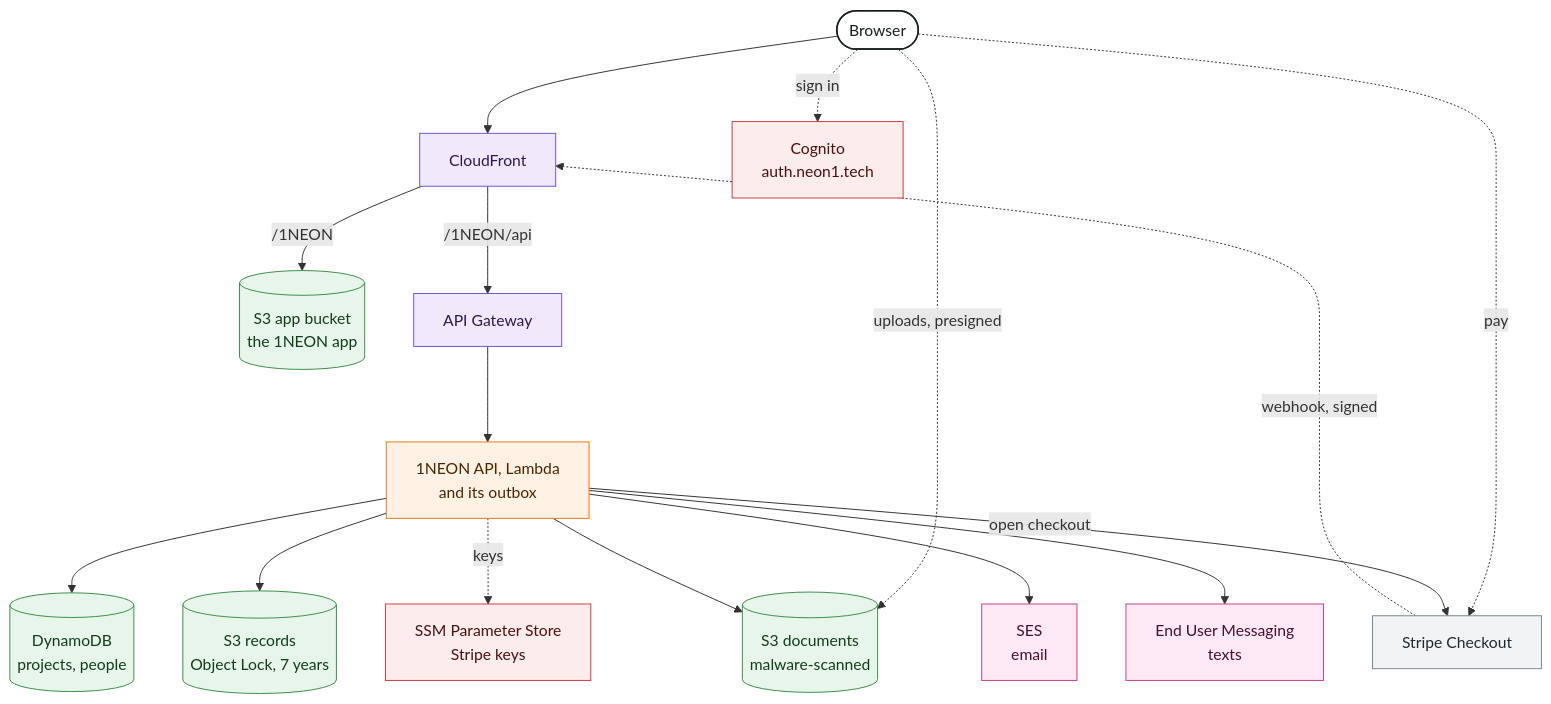
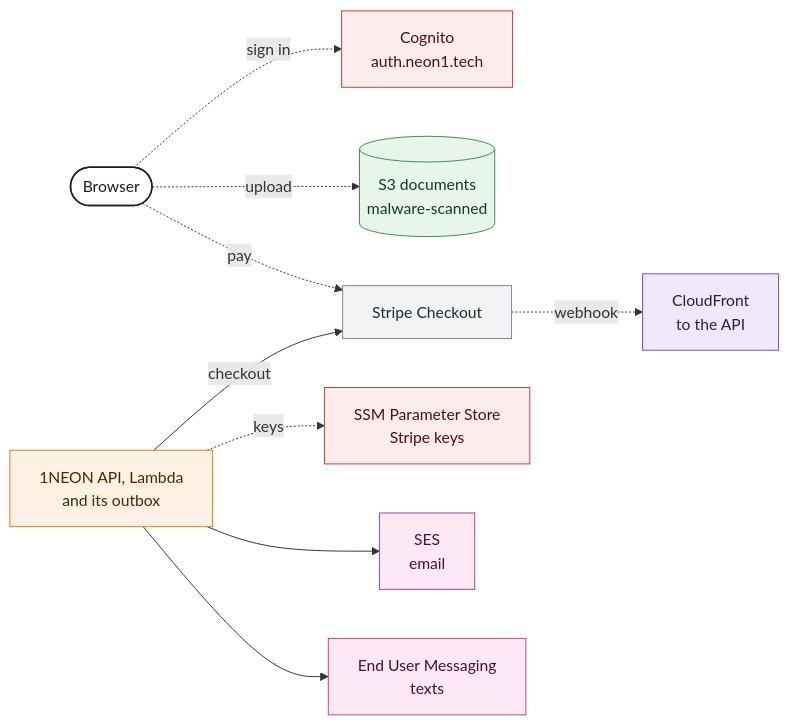
Before and after one commit to neon1llc/neon1-corpus: the third of 16 diagrams in corpus/company/architecture.md, drawn with Mermaid. The commit also changed other lines of this file and 14 other files, not shown here.

Commit message:
docs(architecture): redraw diagrams so labels stay at least 12px, and check it

````diff
--- a/corpus/company/architecture.md
+++ b/corpus/company/architecture.md
@@ -53,26 +69,20 @@
 ```mermaid
-%% alt: Diagram of 1NEON. CloudFront serves the 1NEON app from a private S3 bucket and sends /1NEON/api to API Gateway and the 1NEON API Lambda function. The API reads and writes DynamoDB and the S3 documents bucket, writes write-protected copies of signatures, invoices, and payments to an S3 records bucket under Object Lock, reads Stripe keys from SSM Parameter Store, sends email through SES, and sends texts through End User Messaging. The browser signs in with Cognito directly, uploads files straight to the documents bucket with a presigned link, where each one is scanned for malware, and pays invoices on Stripe Checkout, which calls the API's webhook at /1NEON/api/billing/stripe.
-flowchart TB
-  browser(["Browser"]):::person --> cf["CloudFront"]:::network
-  cf -->|"/1NEON"| app[("S3 app bucket<br/>the 1NEON app")]:::storage
-  cf -->|"/1NEON/api"| gw["API Gateway"]:::network --> api["1NEON API, Lambda<br/>and its outbox"]:::compute
-  browser -.->|sign in| cognito["Cognito<br/>auth.neon1.tech"]:::security
-  browser -.->|"uploads, presigned"| docs[("S3 documents<br/>malware-scanned")]:::storage
-  api --> ddb[("DynamoDB<br/>projects, people")]:::storage
-  api --> docs
-  api --> records[("S3 records<br/>Object Lock, 7 years")]:::storage
+%% alt: Diagram of what 1NEON connects to. The 1NEON API reads Stripe keys from SSM Parameter Store, opens a checkout with Stripe, sends email through SES, and sends texts through End User Messaging. The browser signs in with Cognito directly, uploads files straight to the S3 documents bucket with a presigned link, where each one is scanned for malware, and pays invoices on Stripe Checkout, which calls the API's webhook at /1NEON/api/billing/stripe through CloudFront.
+flowchart LR
+  browser(["Browser"]):::person -.->|sign in| cognito["Cognito<br/>auth.neon1.tech"]:::security
+  browser -.->|upload| docs[("S3 documents<br/>malware-scanned")]:::storage
+  browser -.->|pay| stripe["Stripe Checkout"]:::external
+  stripe -.->|webhook| cf["CloudFront<br/>to the API"]:::network
+  api["1NEON API, Lambda<br/>and its outbox"]:::compute -->|checkout| stripe
   api -.->|keys| ssm["SSM Parameter Store<br/>Stripe keys"]:::security
-  browser -.->|pay| stripe["Stripe Checkout"]:::external
-  stripe -.->|"webhook, signed"| cf
-  api -->|"open checkout"| stripe
   api --> ses["SES<br/>email"]:::comms
   api --> sms["End User Messaging<br/>texts"]:::comms
 
   classDef person fill:#ffffff,stroke:#16201a,stroke-width:1.5px,color:#16201a
   classDef network fill:#efe9fb,stroke:#7a4fd0,color:#2b1a52
   classDef compute fill:#fff1e3,stroke:#e07b14,color:#4a2700
   classDef storage fill:#e8f5ea,stroke:#3b8f4a,color:#123d1b
   classDef security fill:#fdecec,stroke:#c83b3b,color:#4d1010
   classDef comms fill:#fde9f3,stroke:#c2408a,color:#4a1030
   classDef external fill:#f1f3f5,stroke:#7b8794,color:#1f2933
 ```
````
